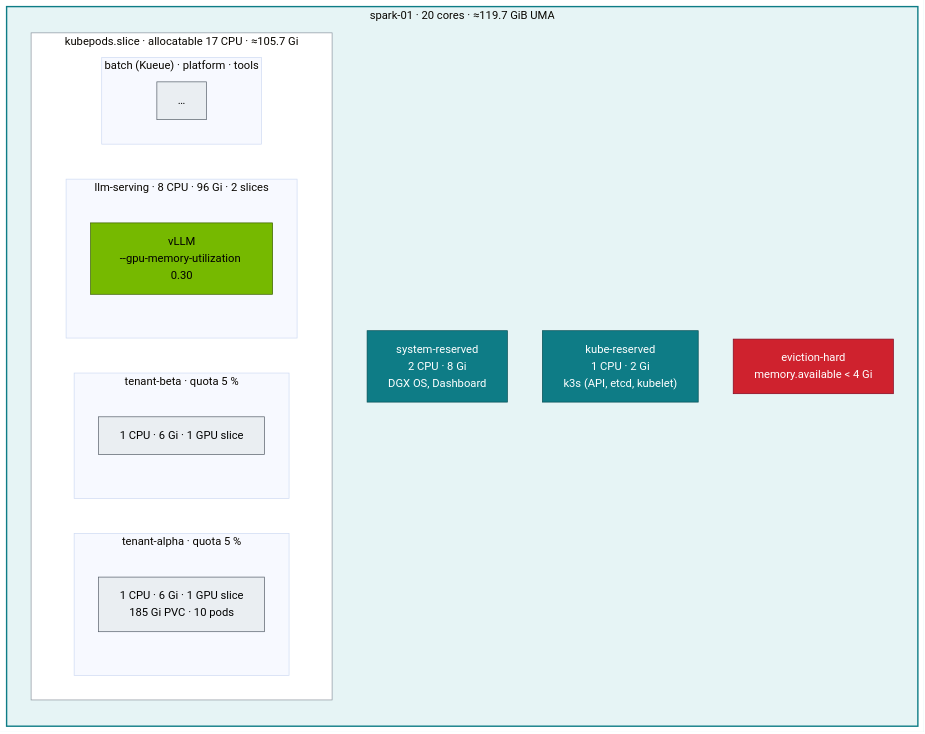
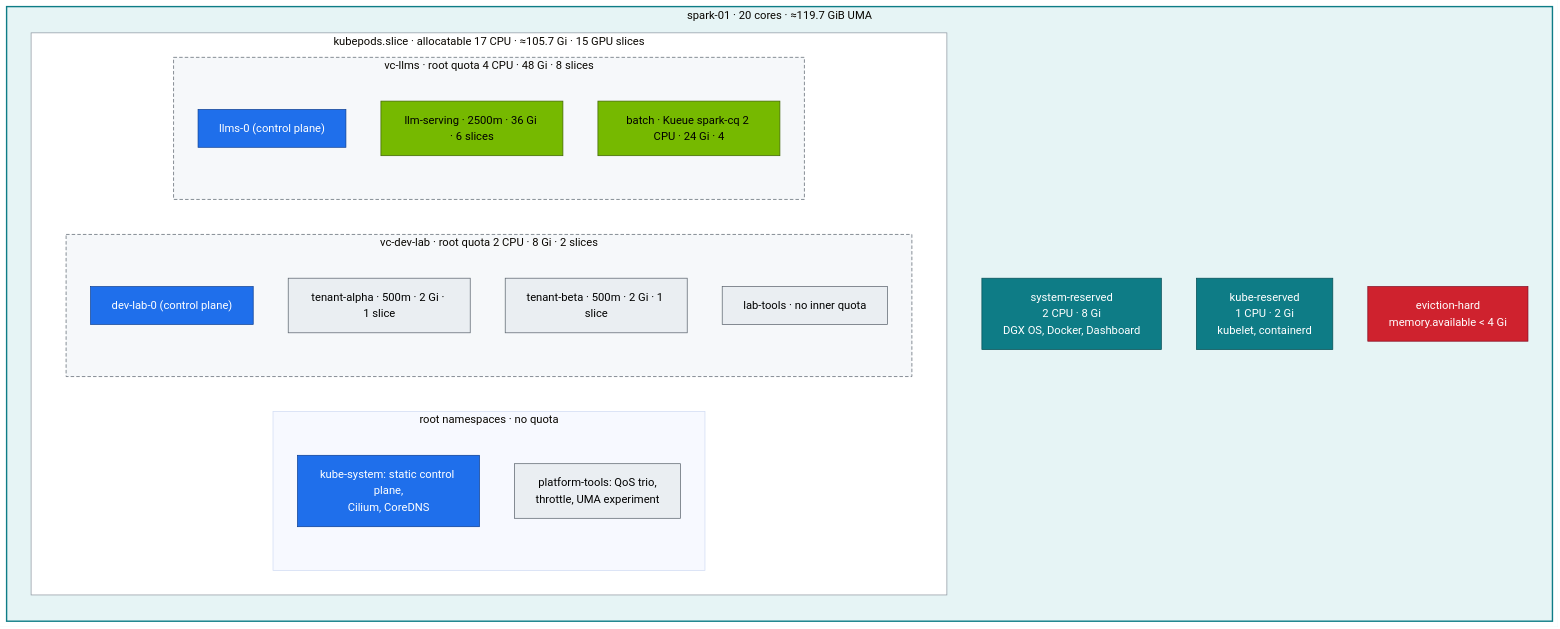
The diagram in 02 Kubernetes/12-multi-tenancy-resource-quotas-and-cgroups.md (cloudone365/technical-depth), drawn with Mermaid (base theme) before and after one commit. The commit also changed other lines of this file and 53 other files, not shown here.

````diff
--- a/02 Kubernetes/12-multi-tenancy-resource-quotas-and-cgroups.md
+++ b/02 Kubernetes/12-multi-tenancy-resource-quotas-and-cgroups.md
@@ -31,34 +33,43 @@
 ```mermaid
 flowchart TB
   subgraph NODE["spark-01 · 20 cores · ≈119.7 GiB UMA"]
     direction TB
-    SR["system-reserved<br/>2 CPU · 8 Gi<br/>DGX OS, Dashboard"]
-    KR["kube-reserved<br/>1 CPU · 2 Gi<br/>k3s (API, etcd, kubelet)"]
+    SR["system-reserved<br/>2 CPU · 8 Gi<br/>DGX OS, Docker, Dashboard"]
+    KR["kube-reserved<br/>1 CPU · 2 Gi<br/>kubelet, containerd"]
     EV["eviction-hard<br/>memory.available &lt; 4 Gi"]
-    subgraph KP["kubepods.slice · allocatable 17 CPU · ≈105.7 Gi"]
+    subgraph KP["kubepods.slice · allocatable 17 CPU · ≈105.7 Gi · 15 GPU slices"]
       direction LR
-      subgraph TA["tenant-alpha · quota 5 %"]
-        A1["1 CPU · 6 Gi · 1 GPU slice<br/>185 Gi PVC · 10 pods"]
+      subgraph RT["root namespaces · no quota"]
+        CPL["kube-system: static control plane,<br/>Cilium, CoreDNS"]
+        PT["platform-tools: QoS trio,<br/>throttle, UMA experiment"]
       end
-      subgraph TB["tenant-beta · quota 5 %"]
-        B1["1 CPU · 6 Gi · 1 GPU slice"]
+      subgraph VD["vc-dev-lab · root quota 2 CPU · 8 Gi · 2 slices"]
+        direction TB
+        DCP["dev-lab-0 (control plane)"]
+        TA["tenant-alpha · 500m · 2 Gi · 1 slice"]
+        TB["tenant-beta · 500m · 2 Gi · 1 slice"]
+        LT["lab-tools · no inner quota"]
       end
-      subgraph LS["llm-serving · 8 CPU · 96 Gi · 2 slices"]
-        V["vLLM<br/>--gpu-memory-utilization 0.30"]
-      end
-      subgraph OT["batch (Kueue) · platform · tools"]
-        O1["…"]
+      subgraph VL["vc-llms · root quota 4 CPU · 48 Gi · 8 slices"]
+        direction TB
+        LCP["llms-0 (control plane)"]
+        LS["llm-serving · 2500m · 36 Gi · 6 slices"]
+        BQ["batch · Kueue spark-cq 2 CPU · 24 Gi · 4"]
       end
     end
   end
   classDef sec fill:#cf222e,stroke:#82071e,color:#fff
   classDef node fill:#0e7c86,stroke:#064e54,color:#fff
+  classDef ctrl fill:#1f6feb,stroke:#0b3d91,color:#fff
   classDef gpu fill:#76b900,stroke:#3d6000,color:#000
   classDef tenant fill:#eaeef2,stroke:#57606a,color:#000
   class SR,KR node
   class EV sec
-  class V gpu
-  class A1,B1,O1 tenant
+  class CPL,DCP,LCP ctrl
+  class LS,BQ gpu
+  class TA,TB,LT,PT tenant
   style NODE fill:#e6f4f5,stroke:#0e7c86,stroke-width:2px
   style KP fill:#ffffff,stroke:#8c959f
+  style VD fill:#f6f8fa,stroke:#57606a,stroke-dasharray:5 3
+  style VL fill:#f6f8fa,stroke:#57606a,stroke-dasharray:5 3
 ```
````
